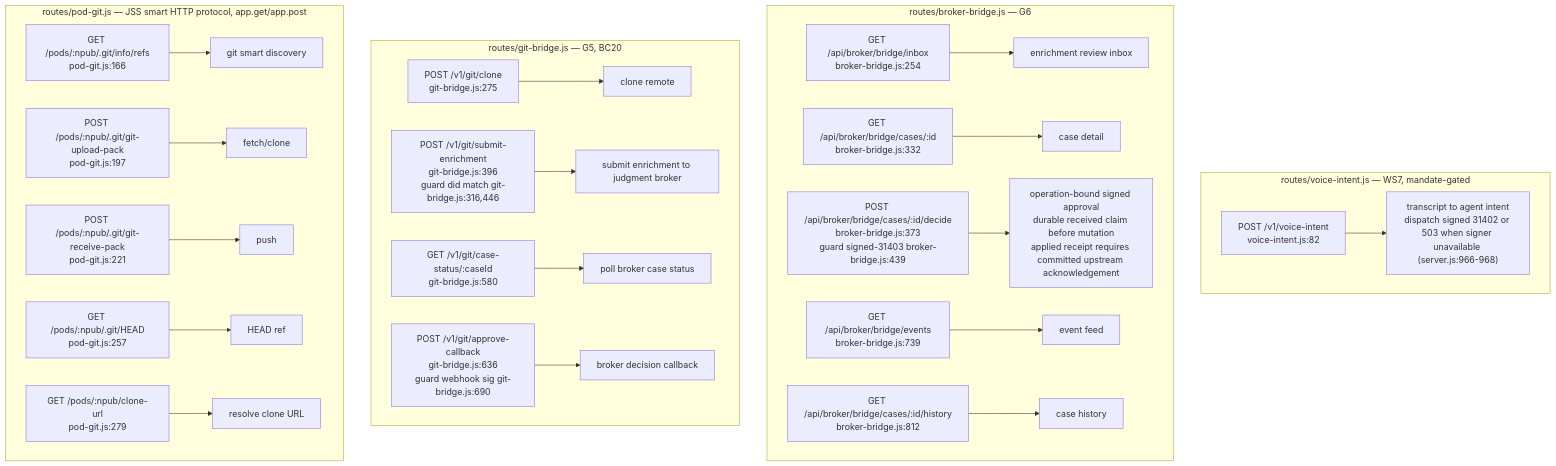
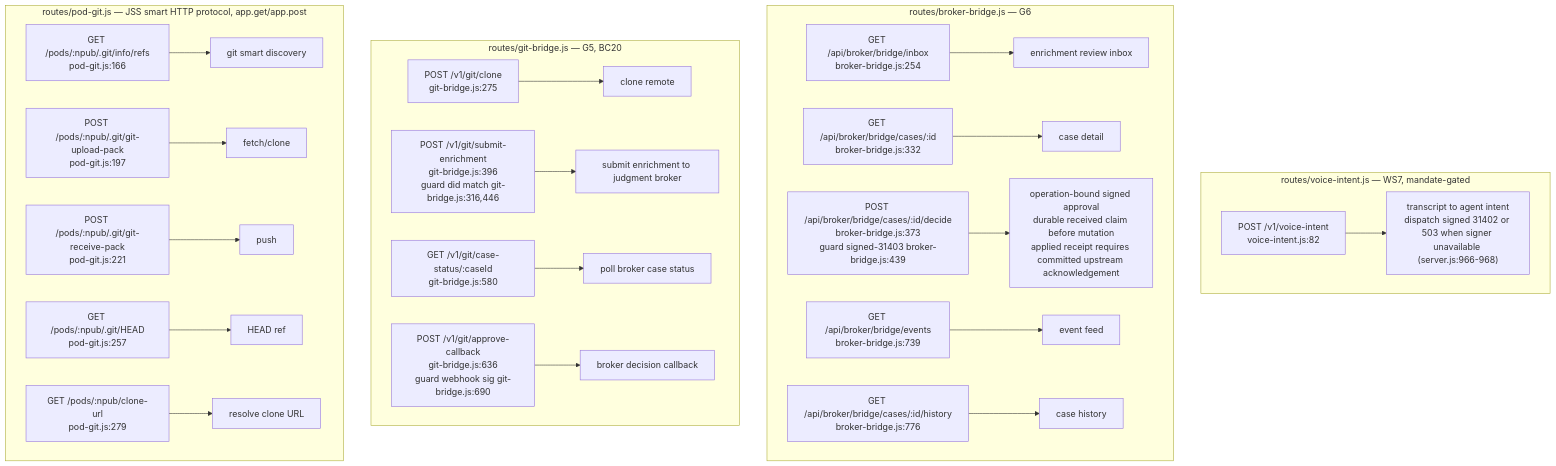
One commit to DreamLab-AI/VisionFlow changed diagram 11 of 17 in docs/diagrams/agentbox/03-management-api-request-lifecycle.md. Above: the diagram before and after it, drawn with Mermaid. The commit also changed 25 other files, not shown here.

````diff
--- a/docs/diagrams/agentbox/03-management-api-request-lifecycle.md
+++ b/docs/diagrams/agentbox/03-management-api-request-lifecycle.md
@@ -425,26 +425,26 @@
 ```mermaid
 flowchart TD
     subgraph vi["routes/voice-intent.js — WS7, mandate-gated"]
         VI1["POST /v1/voice-intent<br/>voice-intent.js:82"] --> VIH1["transcript to agent intent<br/>dispatch signed 31402 or 503 when signer unavailable (server.js:966-968)"]
     end
     subgraph bb["routes/broker-bridge.js — G6"]
         BB1["GET /api/broker/bridge/inbox<br/>broker-bridge.js:254"] --> BBH1["enrichment review inbox"]
         BB2["GET /api/broker/bridge/cases/:id<br/>broker-bridge.js:332"] --> BBH2["case detail"]
         BB3["POST /api/broker/bridge/cases/:id/decide<br/>broker-bridge.js:373<br/>guard signed-31403 broker-bridge.js:439"] --> BBH3["operation-bound signed approval<br/>durable received claim before mutation<br/>applied receipt requires committed upstream acknowledgement"]
         BB4["GET /api/broker/bridge/events<br/>broker-bridge.js:739"] --> BBH4["event feed"]
-        BB5["GET /api/broker/bridge/cases/:id/history<br/>broker-bridge.js:812"] --> BBH5["case history"]
+        BB5["GET /api/broker/bridge/cases/:id/history<br/>broker-bridge.js:776"] --> BBH5["case history"]
     end
     subgraph gb["routes/git-bridge.js — G5, BC20"]
         GB1["POST /v1/git/clone<br/>git-bridge.js:275"] --> GBH1["clone remote"]
         GB2["POST /v1/git/submit-enrichment<br/>git-bridge.js:396<br/>guard did match git-bridge.js:316,446"] --> GBH2["submit enrichment to judgment broker"]
         GB3["GET /v1/git/case-status/:caseId<br/>git-bridge.js:580"] --> GBH3["poll broker case status"]
         GB4["POST /v1/git/approve-callback<br/>git-bridge.js:636<br/>guard webhook sig git-bridge.js:690"] --> GBH4["broker decision callback"]
     end
     subgraph pg["routes/pod-git.js — JSS smart HTTP protocol, app.get/app.post"]
         PG1["GET /pods/:npub/.git/info/refs<br/>pod-git.js:166"] --> PGH1["git smart discovery"]
         PG2["POST /pods/:npub/.git/git-upload-pack<br/>pod-git.js:197"] --> PGH2["fetch/clone"]
         PG3["POST /pods/:npub/.git/git-receive-pack<br/>pod-git.js:221"] --> PGH3["push"]
         PG4["GET /pods/:npub/.git/HEAD<br/>pod-git.js:257"] --> PGH4["HEAD ref"]
         PG5["GET /pods/:npub/clone-url<br/>pod-git.js:279"] --> PGH5["resolve clone URL"]
     end
 ```
````
